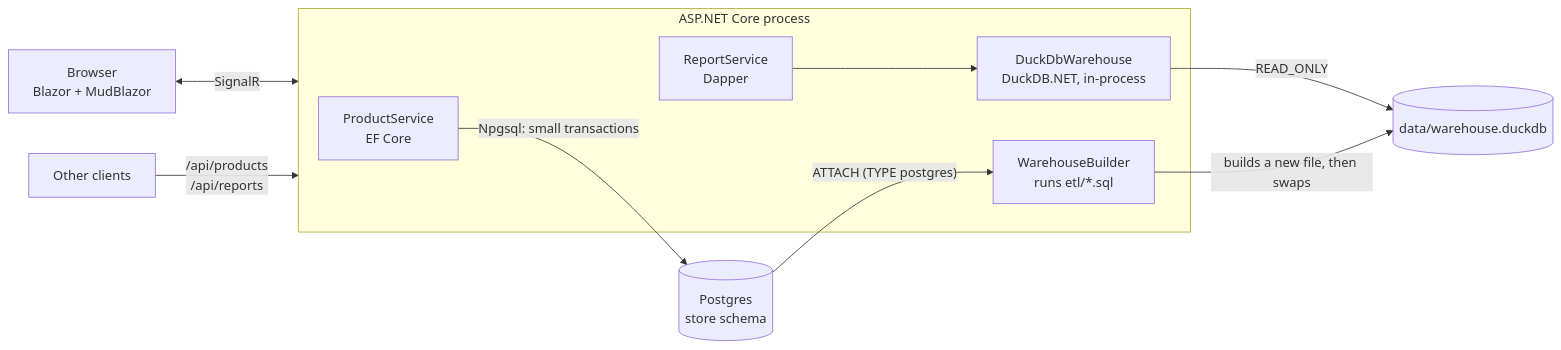
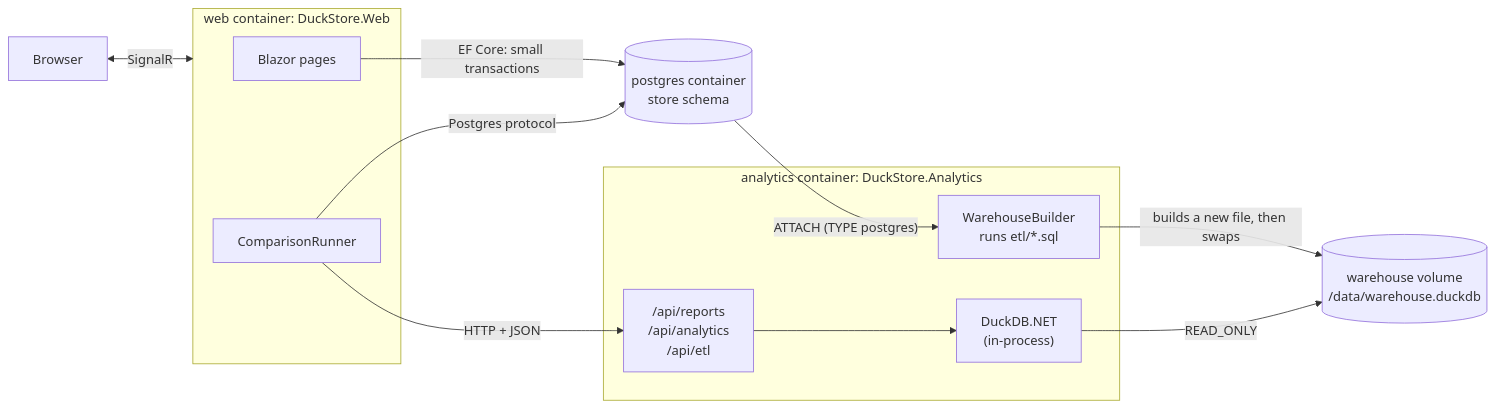
One commit to irlm/duckstore changed the diagram in dotnet/README.md. Above: the diagram before and after it, drawn with Mermaid. The commit also changed other lines of this file and 2 other files, not shown here.

````diff
--- a/dotnet/README.md
+++ b/dotnet/README.md
@@ -14,16 +14,20 @@
 ```mermaid
 flowchart LR
-    browser["Browser<br/>Blazor + MudBlazor"] <-->|SignalR| app
-    client["Other clients"] -->|"/api/products<br/>/api/reports"| app
-    subgraph app["ASP.NET Core process"]
-        ps["ProductService<br/>EF Core"]
-        rs["ReportService<br/>Dapper"]
-        wh["DuckDbWarehouse<br/>DuckDB.NET, in-process"]
+    browser["Browser"] <-->|SignalR| web
+    subgraph web["web container: DuckStore.Web"]
+        pages["Blazor pages"]
+        runner["ComparisonRunner"]
+    end
+    subgraph analytics["analytics container: DuckStore.Analytics"]
+        api["/api/reports<br/>/api/analytics<br/>/api/etl"]
+        duck["DuckDB.NET<br/>(in-process)"]
         etl["WarehouseBuilder<br/>runs etl/*.sql"]
-        rs --> wh
+        api --> duck
     end
-    ps -->|"Npgsql: small transactions"| PG[("Postgres<br/>store schema")]
-    wh -->|"READ_ONLY"| DW[("data/warehouse.duckdb")]
+    pages -->|"EF Core: small transactions"| PG[("postgres container<br/>store schema")]
+    runner -->|"Postgres protocol"| PG
+    runner -->|"HTTP + JSON"| api
+    duck -->|READ_ONLY| DW[("warehouse volume<br/>/data/warehouse.duckdb")]
     PG -->|"ATTACH (TYPE postgres)"| etl
     etl -->|"builds a new file, then swaps"| DW
 ```
````
